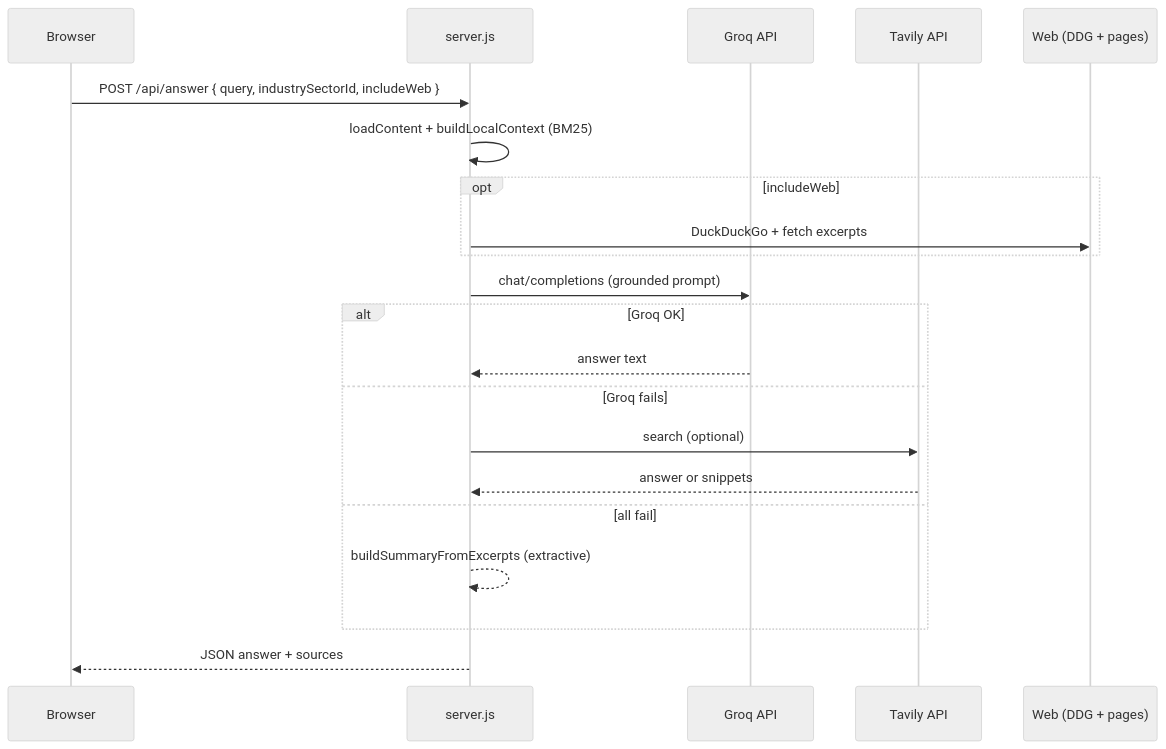
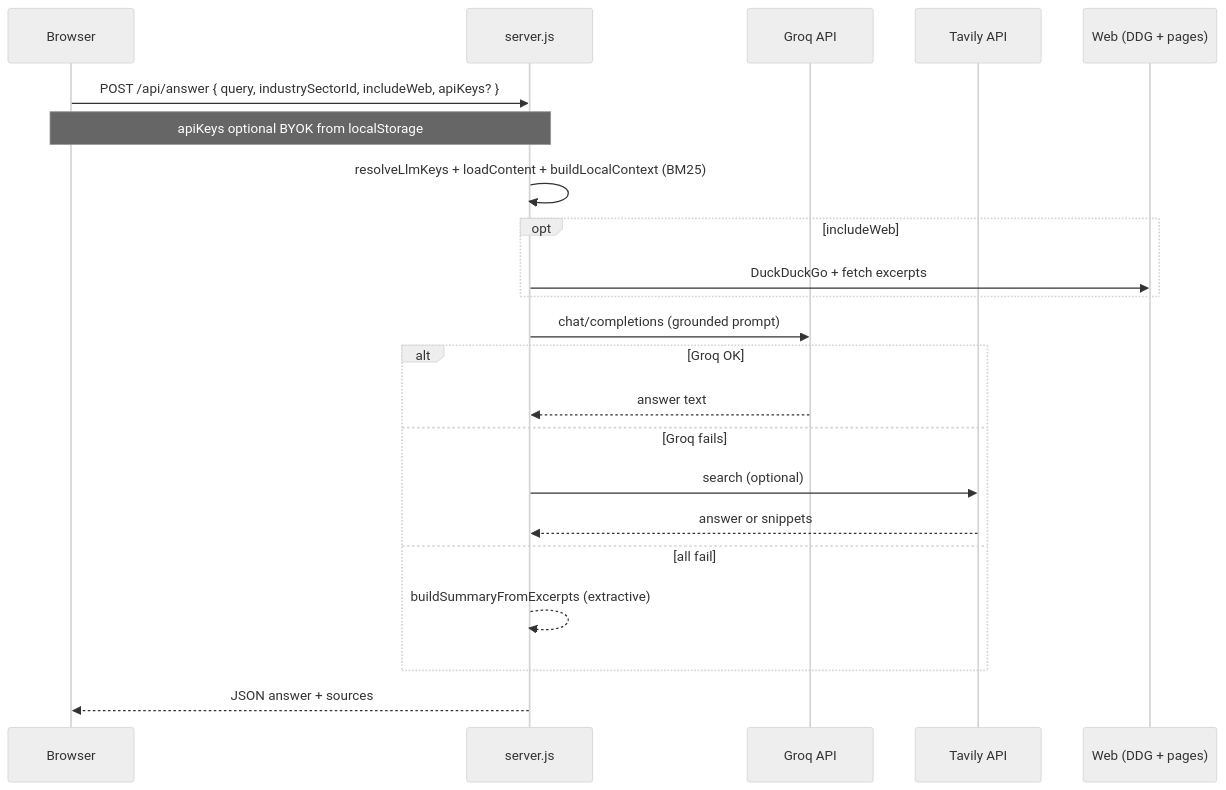
Before and after one commit to RifqiMT/gdpr-qa-platform: the third of 4 diagrams in docs/ARCHITECTURE.md, drawn with Mermaid (neutral theme). The commit also changed other lines of this file and 23 other files, not shown here.

````diff
--- a/docs/ARCHITECTURE.md
+++ b/docs/ARCHITECTURE.md
@@ -65,24 +65,25 @@
 ```mermaid
 sequenceDiagram
   participant UI as Browser
   participant S as server.js
   participant G as Groq API
   participant T as Tavily API
   participant W as Web (DDG + pages)
 
-  UI->>S: POST /api/answer { query, industrySectorId, includeWeb }
-  S->>S: loadContent + buildLocalContext (BM25)
+  UI->>S: POST /api/answer { query, industrySectorId, includeWeb, apiKeys? }
+  Note over UI,S: apiKeys optional BYOK from localStorage
+  S->>S: resolveLlmKeys + loadContent + buildLocalContext (BM25)
   opt includeWeb
     S->>W: DuckDuckGo + fetch excerpts
   end
   S->>G: chat/completions (grounded prompt)
   alt Groq OK
     G-->>S: answer text
   else Groq fails
     S->>T: search (optional)
     T-->>S: answer or snippets
   else all fail
     S-->>S: buildSummaryFromExcerpts (extractive)
   end
   S-->>UI: JSON answer + sources
 ```
````
